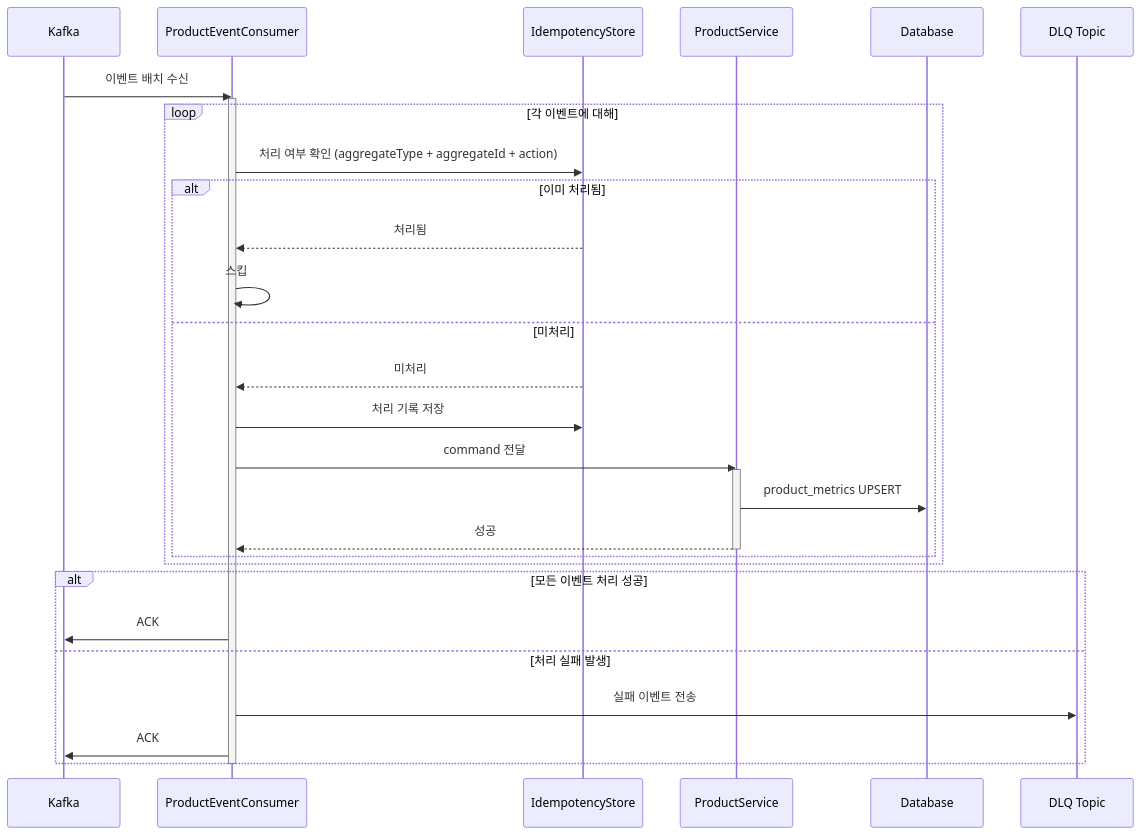
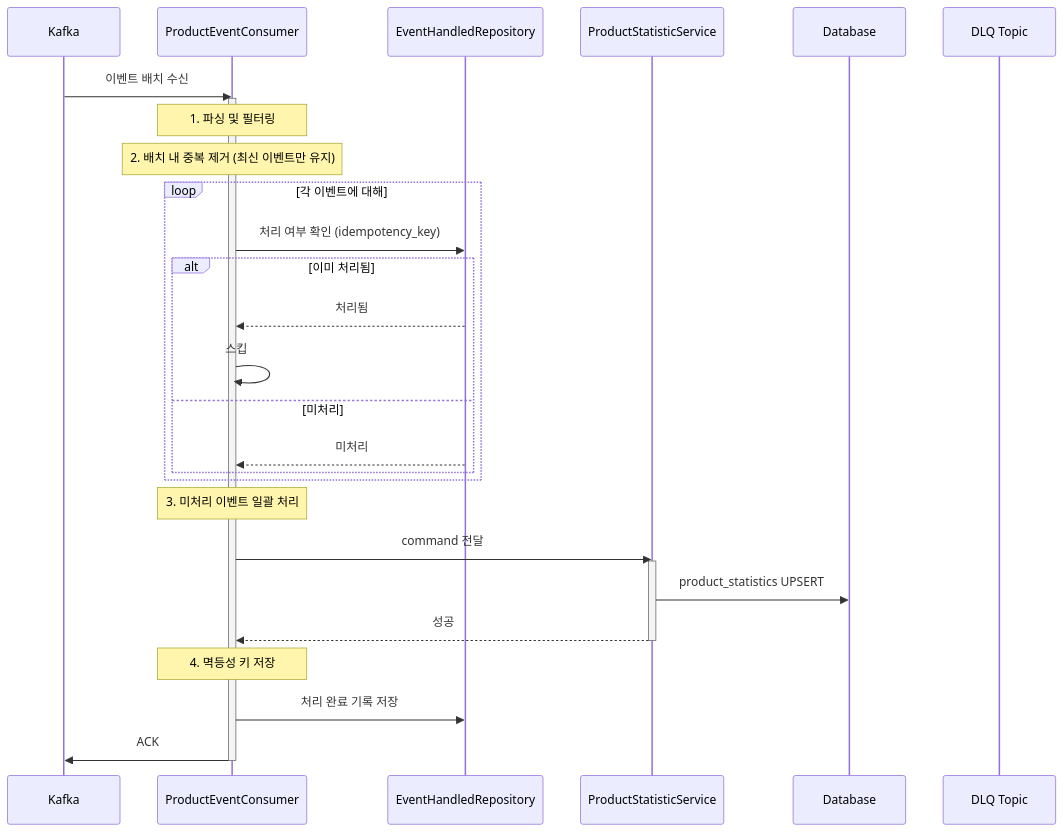
The second of 4 diagrams in docs/week8/round8-solution-design.md (Loopers-dev-lab/loopers-spring-kotlin-template), drawn with Mermaid before and after one commit. The commit also changed other lines of this file and 2 other files, not shown here.

First line of the commit message:
refactor(docs): ProductStatistic 메서드 설계 업데이트

````diff
--- a/docs/week8/round8-solution-design.md
+++ b/docs/week8/round8-solution-design.md
@@ -160,36 +170,38 @@
 ```mermaid
 sequenceDiagram
     participant K as Kafka
     participant PEC as ProductEventConsumer
-    participant IS as IdempotencyStore
-    participant PS as ProductService
+    participant EHR as EventHandledRepository
+    participant PSS as ProductStatisticService
     participant DB as Database
     participant DLQ as DLQ Topic
 
     K->>PEC: 이벤트 배치 수신
     activate PEC
-    
+
+    Note over PEC: 1. 파싱 및 필터링
+    Note over PEC: 2. 배치 내 중복 제거 (최신 이벤트만 유지)
+
     loop 각 이벤트에 대해
-        PEC->>IS: 처리 여부 확인 (aggregateType + aggregateId + action)
+        PEC->>EHR: 처리 여부 확인 (idempotency_key)
         alt 이미 처리됨
-            IS-->>PEC: 처리됨
+            EHR-->>PEC: 처리됨
             PEC->>PEC: 스킵
         else 미처리
-            IS-->>PEC: 미처리
-            PEC->>IS: 처리 기록 저장
-            PEC->>PS: command 전달
-            activate PS
-            PS->>DB: product_metrics UPSERT
-            PS-->>PEC: 성공
-            deactivate PS
+            EHR-->>PEC: 미처리
         end
     end
-    
-    alt 모든 이벤트 처리 성공
-        PEC->>K: ACK
-    else 처리 실패 발생
-        PEC->>DLQ: 실패 이벤트 전송
-        PEC->>K: ACK
-    end
+
+    Note over PEC: 3. 미처리 이벤트 일괄 처리
+    PEC->>PSS: command 전달
+    activate PSS
+    PSS->>DB: product_statistics UPSERT
+    PSS-->>PEC: 성공
+    deactivate PSS
+
+    Note over PEC: 4. 멱등성 키 저장
+    PEC->>EHR: 처리 완료 기록 저장
+
+    PEC->>K: ACK
     deactivate PEC
 ```
````
